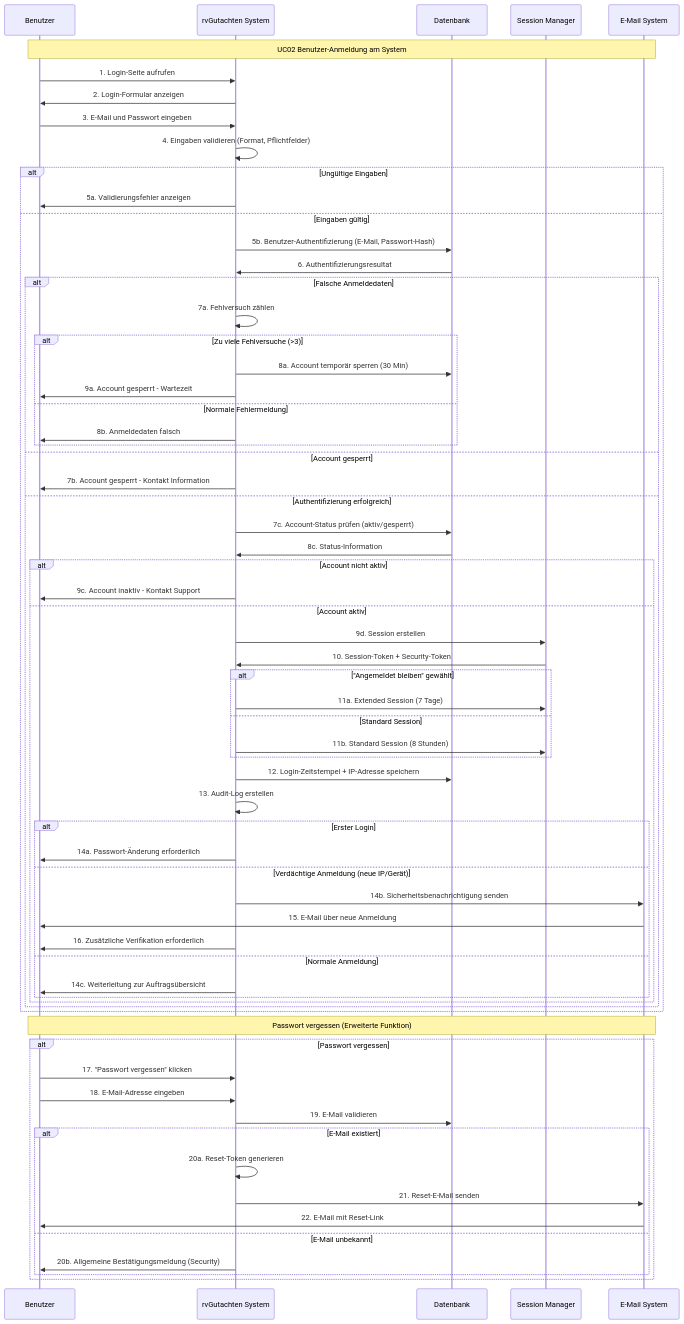
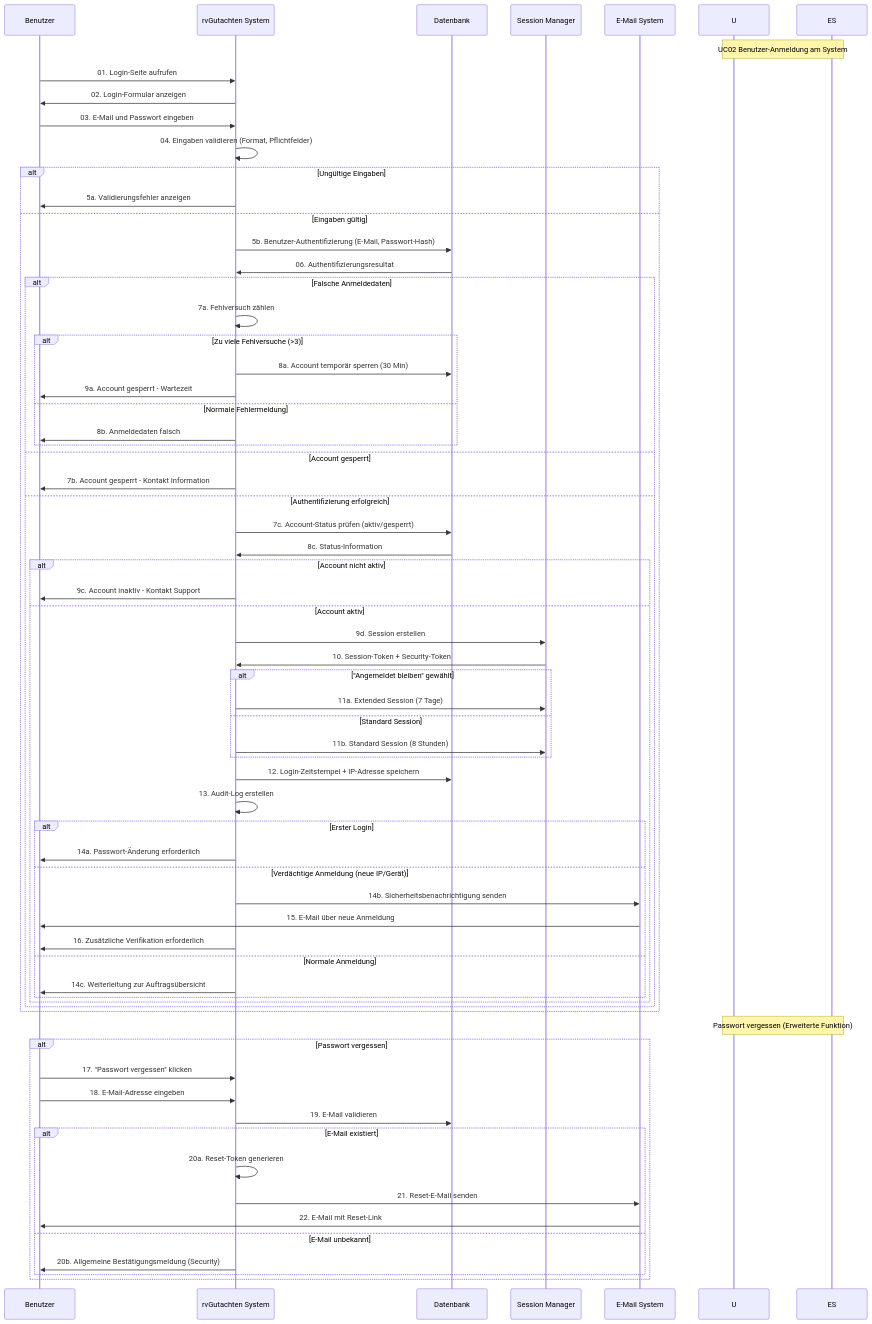
The diagram in docs/UseCases/mermaid/UC-02-System-Authentifizierung.mmd (megadur/QARvGut), drawn with Mermaid before and after one commit. The commit also changed 11 other files, not shown here.

First line of the commit message:
docs: Standardize participant abbreviations and add leading zeros to all UC diagrams

```diff
--- a/docs/UseCases/mermaid/UC-02-System-Authentifizierung.mmd
+++ b/docs/UseCases/mermaid/UC-02-System-Authentifizierung.mmd
@@ -1,76 +1,76 @@
 sequenceDiagram
-    participant U as Benutzer
-    participant RG as rvGutachten System
+    participant USR as Benutzer
+    participant RVG as rvGutachten System
     participant DB as Datenbank
-    participant SM as Session Manager
-    participant ES as E-Mail System
+    participant SSN as Session Manager
+    participant EML as E-Mail System
 
     Note over U,ES: UC02 Benutzer-Anmeldung am System
 
-    U->>RG: 1. Login-Seite aufrufen
-    RG->>U: 2. Login-Formular anzeigen
+    USR->>RVG: 01. Login-Seite aufrufen
+    RVG->>USR: 02. Login-Formular anzeigen
 
-    U->>RG: 3. E-Mail und Passwort eingeben
-    RG->>RG: 4. Eingaben validieren (Format, Pflichtfelder)
+    USR->>RVG: 03. E-Mail und Passwort eingeben
+    RVG->>RVG: 04. Eingaben validieren (Format, Pflichtfelder)
 
     alt Ungültige Eingaben
-        RG->>U: 5a. Validierungsfehler anzeigen
+        RVG->>USR: 5a. Validierungsfehler anzeigen
     else Eingaben gültig
-        RG->>DB: 5b. Benutzer-Authentifizierung (E-Mail, Passwort-Hash)
-        DB->>RG: 6. Authentifizierungsresultat
+        RVG->>DB: 5b. Benutzer-Authentifizierung (E-Mail, Passwort-Hash)
+        DB->>RVG: 06. Authentifizierungsresultat
 
         alt Falsche Anmeldedaten
-            RG->>RG: 7a. Fehlversuch zählen
+            RVG->>RVG: 7a. Fehlversuch zählen
             alt Zu viele Fehlversuche (>3)
-                RG->>DB: 8a. Account temporär sperren (30 Min)
-                RG->>U: 9a. Account gesperrt - Wartezeit
+                RVG->>DB: 8a. Account temporär sperren (30 Min)
+                RVG->>USR: 9a. Account gesperrt - Wartezeit
             else Normale Fehlermeldung
-                RG->>U: 8b. Anmeldedaten falsch
+                RVG->>USR: 8b. Anmeldedaten falsch
             end
         else Account gesperrt
-            RG->>U: 7b. Account gesperrt - Kontakt Information
+            RVG->>USR: 7b. Account gesperrt - Kontakt Information
         else Authentifizierung erfolgreich
-            RG->>DB: 7c. Account-Status prüfen (aktiv/gesperrt)
-            DB->>RG: 8c. Status-Information
+            RVG->>DB: 7c. Account-Status prüfen (aktiv/gesperrt)
+            DB->>RVG: 8c. Status-Information
 
             alt Account nicht aktiv
-                RG->>U: 9c. Account inaktiv - Kontakt Support
+                RVG->>USR: 9c. Account inaktiv - Kontakt Support
             else Account aktiv
-                RG->>SM: 9d. Session erstellen
-                SM->>RG: 10. Session-Token + Security-Token
+                RVG->>SSN: 9d. Session erstellen
+                SSN->>RVG: 10. Session-Token + Security-Token
 
                 alt "Angemeldet bleiben" gewählt
-                    RG->>SM: 11a. Extended Session (7 Tage)
+                    RVG->>SSN: 11a. Extended Session (7 Tage)
                 else Standard Session
-                    RG->>SM: 11b. Standard Session (8 Stunden)
+                    RVG->>SSN: 11b. Standard Session (8 Stunden)
                 end
 
-                RG->>DB: 12. Login-Zeitstempel + IP-Adresse speichern
-                RG->>RG: 13. Audit-Log erstellen
+                RVG->>DB: 12. Login-Zeitstempel + IP-Adresse speichern
+                RVG->>RVG: 13. Audit-Log erstellen
 
                 alt Erster Login
-                    RG->>U: 14a. Passwort-Änderung erforderlich
+                    RVG->>USR: 14a. Passwort-Änderung erforderlich
                 else Verdächtige Anmeldung (neue IP/Gerät)
-                    RG->>ES: 14b. Sicherheitsbenachrichtigung senden
-                    ES->>U: 15. E-Mail über neue Anmeldung
-                    RG->>U: 16. Zusätzliche Verifikation erforderlich
+                    RVG->>EML: 14b. Sicherheitsbenachrichtigung senden
+                    EML->>USR: 15. E-Mail über neue Anmeldung
+                    RVG->>USR: 16. Zusätzliche Verifikation erforderlich
                 else Normale Anmeldung
-                    RG->>U: 14c. Weiterleitung zur Auftragsübersicht
+                    RVG->>USR: 14c. Weiterleitung zur Auftragsübersicht
                 end
             end
         end
     end
 
     Note over U,ES: Passwort vergessen (Erweiterte Funktion)
     alt Passwort vergessen
-        U->>RG: 17. "Passwort vergessen" klicken
-        U->>RG: 18. E-Mail-Adresse eingeben
-        RG->>DB: 19. E-Mail validieren
+        USR->>RVG: 17. "Passwort vergessen" klicken
+        USR->>RVG: 18. E-Mail-Adresse eingeben
+        RVG->>DB: 19. E-Mail validieren
         alt E-Mail existiert
-            RG->>RG: 20a. Reset-Token generieren
-            RG->>ES: 21. Reset-E-Mail senden
-            ES->>U: 22. E-Mail mit Reset-Link
+            RVG->>RVG: 20a. Reset-Token generieren
+            RVG->>EML: 21. Reset-E-Mail senden
+            EML->>USR: 22. E-Mail mit Reset-Link
         else E-Mail unbekannt
-            RG->>U: 20b. Allgemeine Bestätigungsmeldung (Security)
+            RVG->>USR: 20b. Allgemeine Bestätigungsmeldung (Security)
         end
     end
```
